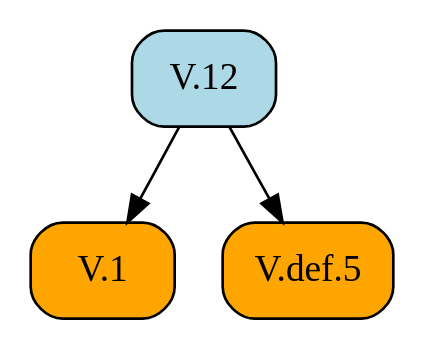
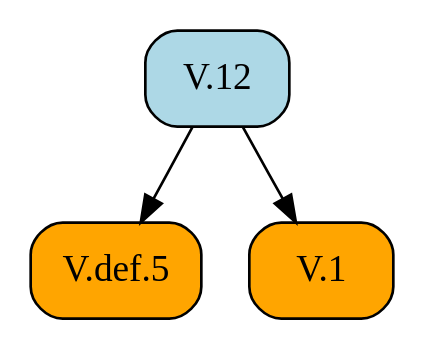
The diagram in docsrc/elements2/V/12/index.rst (geometor/elements), drawn with Graphviz before and after one commit. The commit also changed other lines of this file and 409 other files, not shown here.

First line of the commit message:
feat: Add image cropping and graphic extraction script

```diff
--- a/docsrc/elements2/V/12/index.rst
+++ b/docsrc/elements2/V/12/index.rst
@@ -36,11 +36,11 @@
 .. graphviz::
 
    digraph {
      rankdir="TB";
      node [shape=box, style=rounded];
-     "V.1" [style="rounded,filled", fillcolor=orange, URL="/elements2/V/1/", target="_top"];
      "V.def.5" [style="rounded,filled", fillcolor=orange, URL="/elements2/V/def.5/", target="_top"];
      "V.12" [style="rounded,filled", fillcolor=lightblue, URL="/elements2/V/12/", target="_top"];
+     "V.1" [style="rounded,filled", fillcolor=orange, URL="/elements2/V/1/", target="_top"];
+     "V.12" -> "V.def.5";
      "V.12" -> "V.1";
-     "V.12" -> "V.def.5";
    }
```
